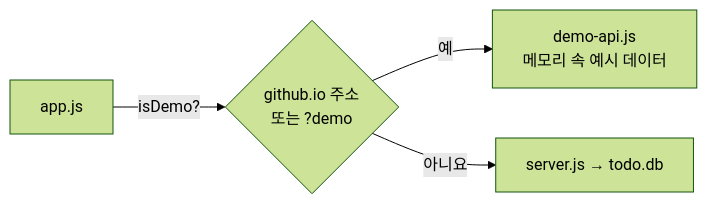
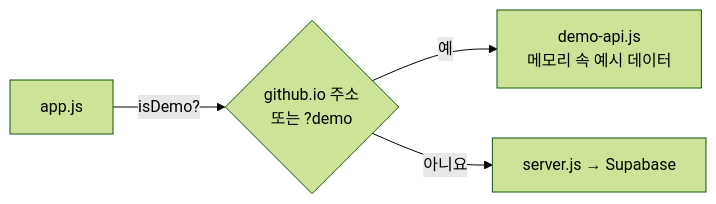
One commit to eple-lab/task-hive changed the diagram in docs/deployment.md. Above: the diagram before and after it, drawn with Mermaid (forest theme). The commit also changed other lines of this file and 15 other files, not shown here.

````diff
--- a/docs/deployment.md
+++ b/docs/deployment.md
@@ -20,6 +20,6 @@
 ```mermaid
 flowchart LR
     A["app.js"] -- "isDemo?" --> C{github.io 주소<br/>또는 ?demo}
     C -- 예 --> D["demo-api.js<br/>메모리 속 예시 데이터"]
-    C -- 아니요 --> S["server.js → todo.db"]
+    C -- 아니요 --> S["server.js → Supabase"]
 ```
````
